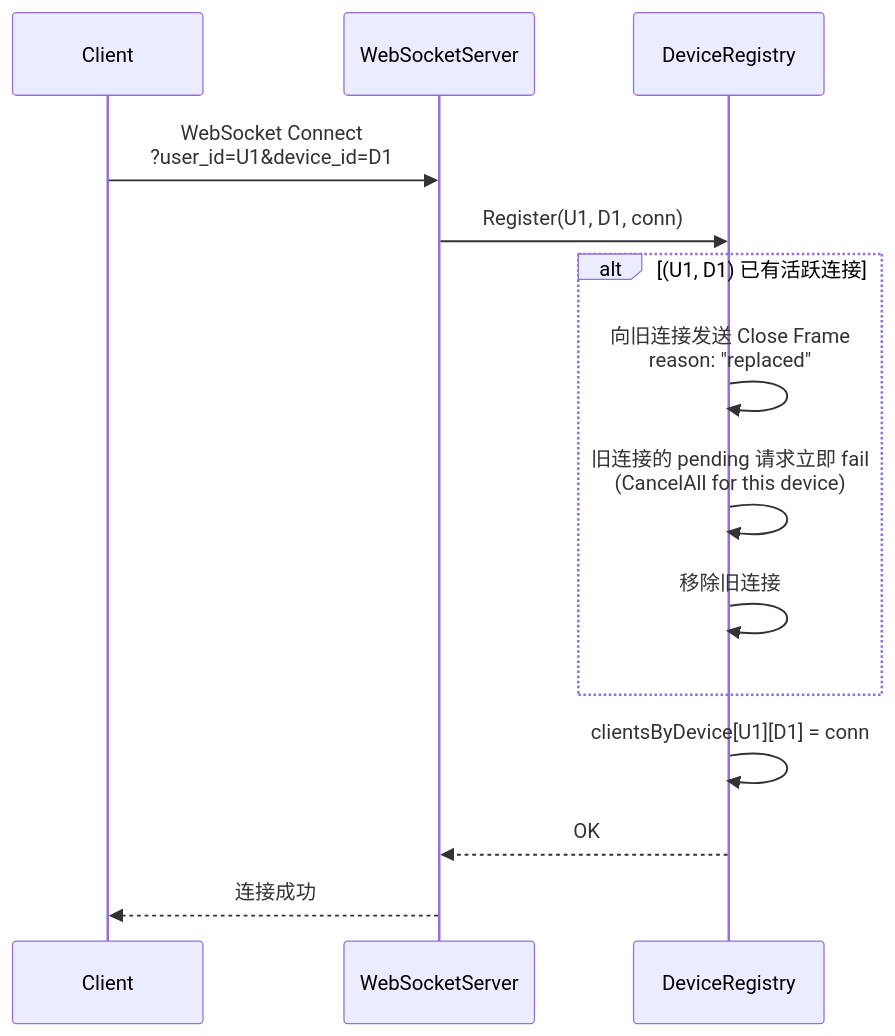
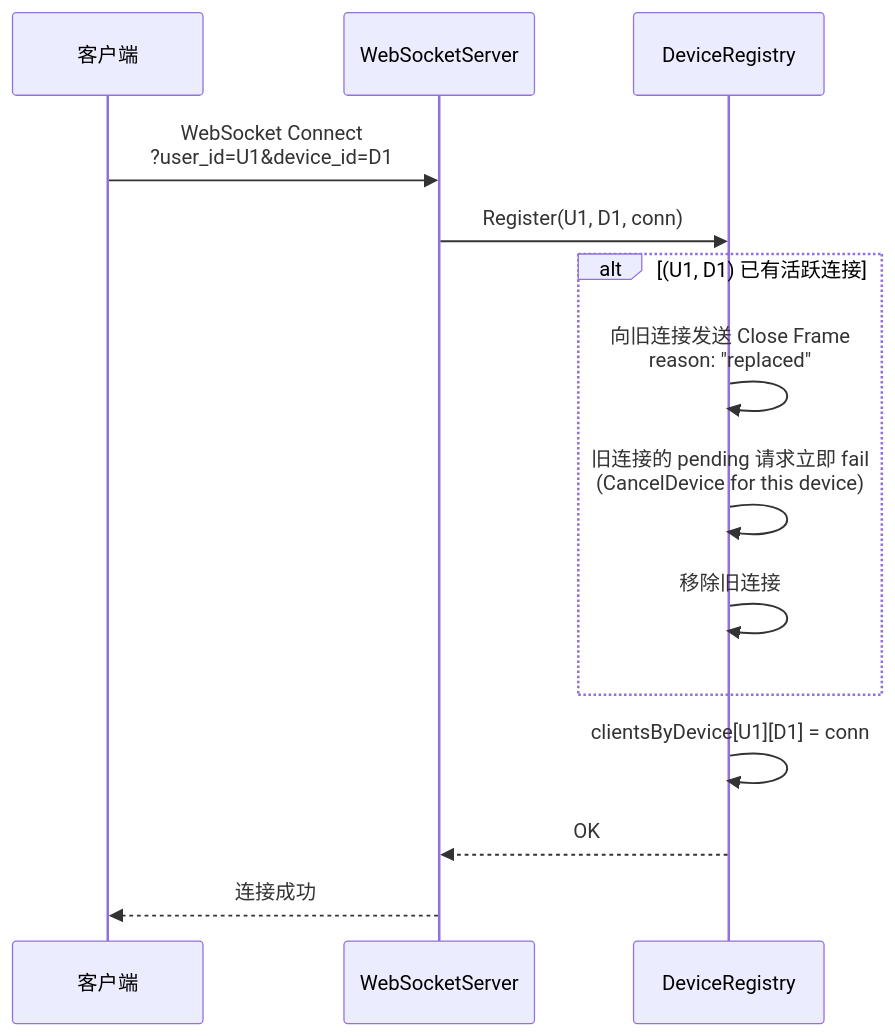
One commit to PineappleBond/xyncra-server changed the fifth of 7 diagrams in docs/DESIGN_CLIENT_FUNCTION_AGENT_TOOLS.md. Above: the diagram before and after it, drawn with Mermaid. The commit also changed other lines of this file, not shown here.

First line of the commit message:
docs: rewrite with correct design - Agent only calls initiating device

````diff
--- a/docs/DESIGN_CLIENT_FUNCTION_AGENT_TOOLS.md
+++ b/docs/DESIGN_CLIENT_FUNCTION_AGENT_TOOLS.md
@@ -411,19 +470,19 @@
 ```mermaid
 sequenceDiagram
-    participant Client
+    participant Client as 客户端
     participant WS as WebSocketServer
     participant DR as DeviceRegistry
 
     Client->>WS: WebSocket Connect<br/>?user_id=U1&device_id=D1
     WS->>DR: Register(U1, D1, conn)
 
     alt (U1, D1) 已有活跃连接
         DR->>DR: 向旧连接发送 Close Frame<br/>reason: "replaced"
-        DR->>DR: 旧连接的 pending 请求立即 fail<br/>(CancelAll for this device)
+        DR->>DR: 旧连接的 pending 请求立即 fail<br/>(CancelDevice for this device)
         DR->>DR: 移除旧连接
     end
 
     DR->>DR: clientsByDevice[U1][D1] = conn
     DR-->>WS: OK
     WS-->>Client: 连接成功
 ```
````
